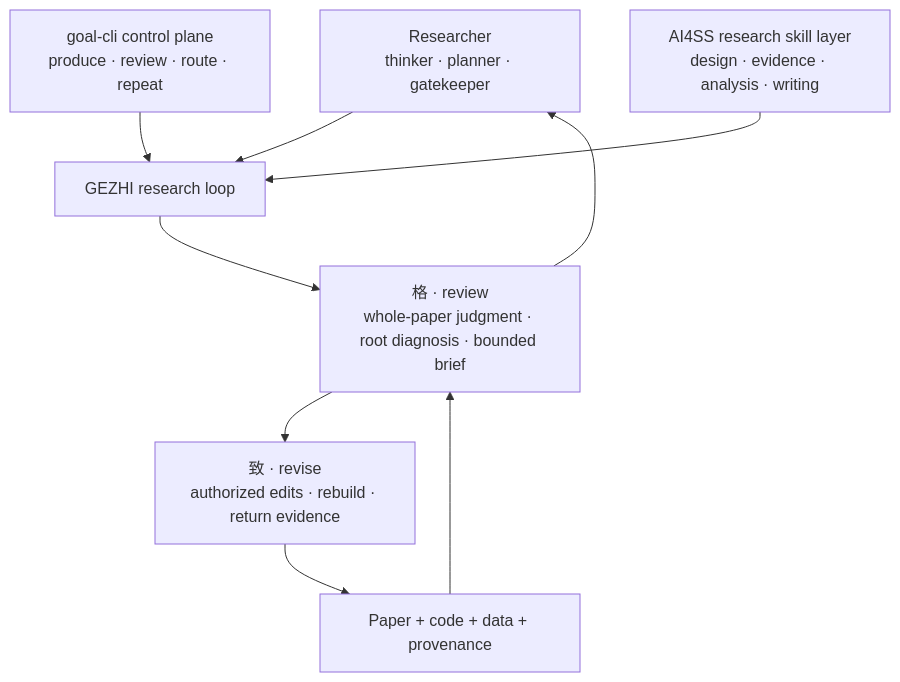
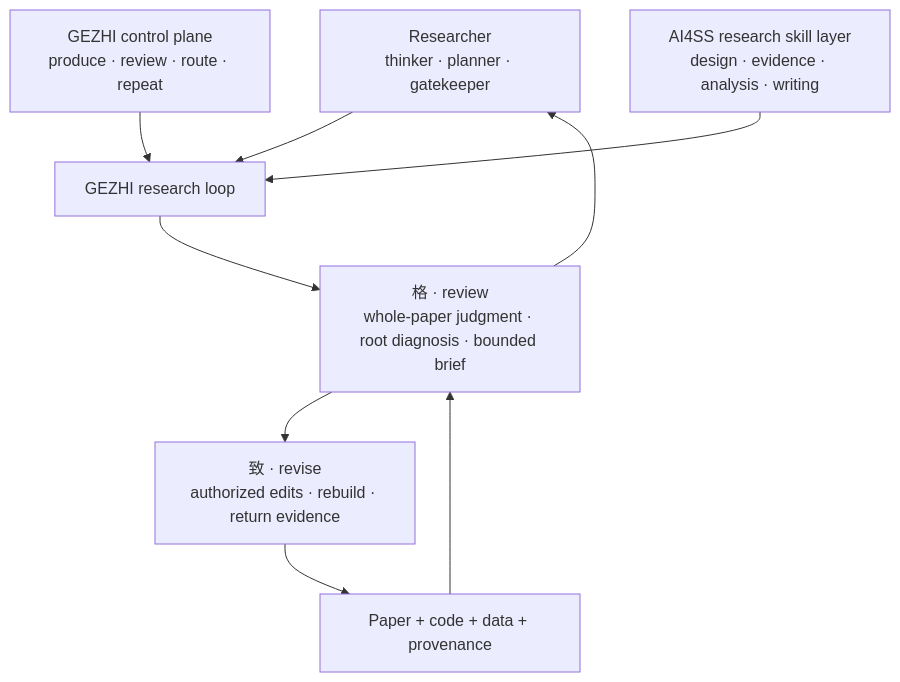
Before and after one commit to SiyaoZheng/GEZHI: the diagram in README.md, drawn with Mermaid. The commit also changed other lines of this file and 91 other files, not shown here.

````diff
--- a/README.md
+++ b/README.md
@@ -54,19 +50,19 @@
 ```mermaid
 flowchart TB
     R["Researcher<br/>thinker · planner · gatekeeper"]
     G["GEZHI research loop"]
     GE["格 · review<br/>whole-paper judgment · root diagnosis · bounded brief"]
     ZHI["致 · revise<br/>authorized edits · rebuild · return evidence"]
     S["AI4SS research skill layer<br/>design · evidence · analysis · writing"]
-    C["goal-cli control plane<br/>produce · review · route · repeat"]
+    C["GEZHI control plane<br/>produce · review · route · repeat"]
     A["Paper + code + data + provenance"]
 
     R --> G
     C --> G
     S --> G
     G --> GE
     GE --> ZHI
     ZHI --> A
     A --> GE
     GE --> R
 ```
````
